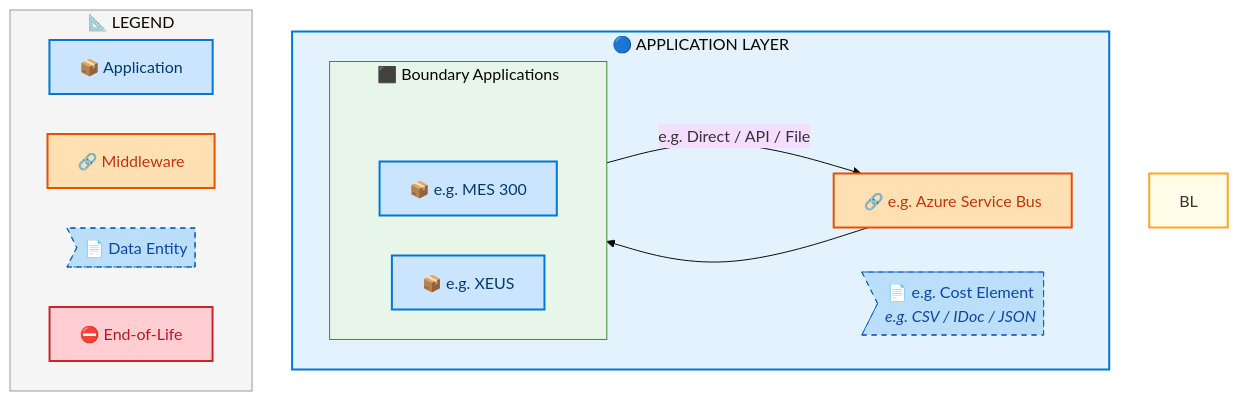
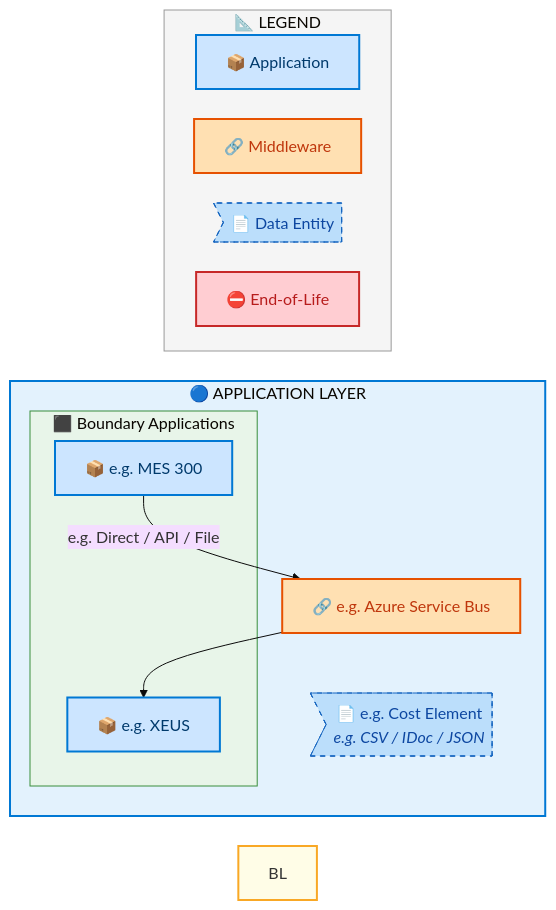
One commit to sajivfrancis777/IAO-Architecture changed the fourth of 7 diagrams in towers/E2E/Procure to Pay/E2E-121/output/docs/systems-architecture/E2E-121-Architecture.md. Above: the diagram before and after it, drawn with Mermaid. The commit also changed other lines of this file and 252 other files, not shown here.

First line of the commit message:
fix: remove Mermaid ~~~ rank chain causing syntax error in v11.14.0

````diff
--- a/towers/E2E/Procure to Pay/E2E-121/output/docs/systems-architecture/E2E-121-Architecture.md
+++ b/towers/E2E/Procure to Pay/E2E-121/output/docs/systems-architecture/E2E-121-Architecture.md
@@ -388,44 +388,40 @@
 ```mermaid
-%%{init: {"theme": "base", "securityLevel": "loose", "themeVariables": {"fontSize": "16px", "fontFamily": "Segoe UI, Arial, sans-serif"}, "flowchart": {"useMaxWidth": false, "htmlLabels": true, "nodeSpacing": 40, "rankSpacing": 50}} }%%
-flowchart TB
+%%{init: {"theme": "base", "securityLevel": "loose", "themeVariables": {"fontSize": "16px", "fontFamily": "Segoe UI, Arial, sans-serif"}, "flowchart": {"useMaxWidth": false, "htmlLabels": true, "nodeSpacing": 30, "rankSpacing": 35}} }%%
+flowchart LR
     %% -- ArchiMate 3.2 + Azure style classes --
     classDef business      fill:#FFFFB3,stroke:#F9A825,stroke-width:2px,color:#000
     classDef app           fill:#CCE5FF,stroke:#0078D4,stroke-width:2px,color:#003A6C
     classDef data          fill:#BBDEFB,stroke:#1565C0,stroke-width:1px,color:#0D47A1,stroke-dasharray: 5 5
     classDef middleware    fill:#FFE0B2,stroke:#E65100,stroke-width:2px,color:#BF360C
     classDef eol           fill:#FFCDD2,stroke:#C62828,stroke-width:2px,color:#B71C1C
     classDef saas          fill:#E1BEE7,stroke:#7B1FA2,stroke-width:2px,color:#4A148C
     classDef cloud         fill:#BBDEFB,stroke:#1565C0,stroke-width:2px,color:#0D47A1
     classDef onprem        fill:#C8E6C9,stroke:#2E7D32,stroke-width:2px,color:#1B5E20
-    classDef rankAnchor    fill:none,stroke:none,color:transparent,font-size:1px
 
     subgraph AL["🔵 APPLICATION LAYER"]
-        direction LR
         subgraph E2E121CLN_Boundary_Applications[" ⬛ Boundary Applications"]
-            direction LR
-            E2E121C_ALRANK_0[ ]:::rankAnchor
             E2E121C_e_g_MES_300["📦 e.g. MES 300"]:::app
             E2E121C_e_g_XEUS["📦 e.g. XEUS"]:::app
         end
         E2E121CMW_e_g_Azure_Service_Bus["🔗 e.g. Azure Service Bus"]:::middleware
         E2E121CDE_e_g_Cost_Element>"📄 e.g. Cost Element<br/><i>e.g. CSV / IDoc / JSON</i>"]:::data
     end
 
     E2E121C_e_g_MES_300 -->|"e.g. Direct / API / File"| E2E121CMW_e_g_Azure_Service_Bus
     E2E121CMW_e_g_Azure_Service_Bus --> E2E121C_e_g_XEUS
 
 
     style BL fill:#FFFDE7,stroke:#F9A825,stroke-width:2px
     style AL fill:#E3F2FD,stroke:#0078D4,stroke-width:2px
 
     style E2E121CLN_Boundary_Applications fill:#E8F5E9,stroke:#388E3C,stroke-width:1px
 
     subgraph Legend["📐 LEGEND"]
         direction LR
         L_APP["📦 Application"]:::app
         L_MW["🔗 Middleware"]:::middleware
         L_DE>"📄 Data Entity"]:::data
         L_EOL["⛔ End-of-Life"]:::eol
     end
     style Legend fill:#F5F5F5,stroke:#999,stroke-width:1px
 ```
````
